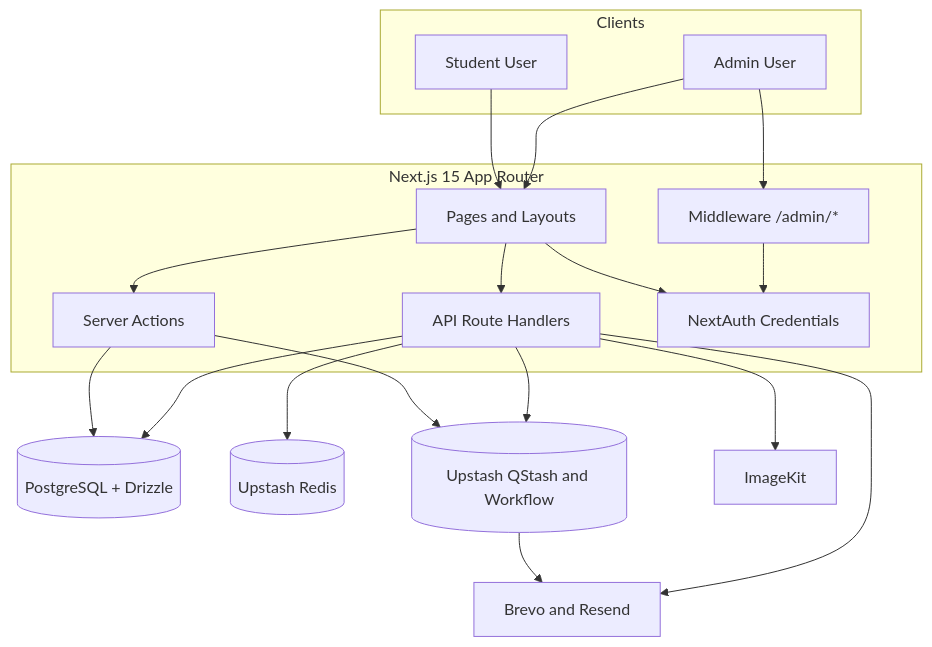
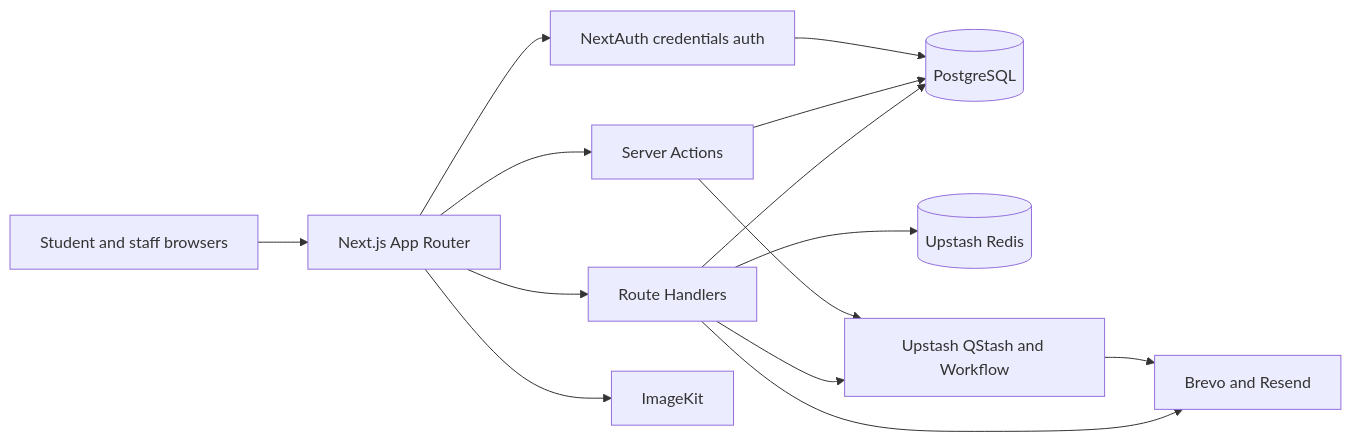
One commit to AnouarMohamed/Mundia_library changed the diagram in README.md. Above: the diagram before and after it, drawn with Mermaid. The commit also changed other lines of this file and 18 other files, not shown here.

````diff
--- a/README.md
+++ b/README.md
@@ -109,39 +25,27 @@
 ```mermaid
-flowchart TB
-  subgraph Clients
-    STUDENT[Student User]
-    ADMIN[Admin User]
-  end
+flowchart LR
+  Browser[Student and staff browsers]
+  Next[Next.js App Router]
+  Auth[NextAuth credentials auth]
+  Actions[Server Actions]
+  API[Route Handlers]
+  DB[(PostgreSQL)]
+  Redis[(Upstash Redis)]
+  QStash[Upstash QStash and Workflow]
+  ImageKit[ImageKit]
+  Email[Brevo and Resend]
 
-  subgraph Web[Next.js 15 App Router]
-    UI[Pages and Layouts]
-    SA[Server Actions]
-    API[API Route Handlers]
-    AUTH[NextAuth Credentials]
-    MW[Middleware /admin/*]
-  end
-
-  DB[(PostgreSQL + Drizzle)]
-  REDIS[(Upstash Redis)]
-  QSTASH[(Upstash QStash and Workflow)]
-  IMG[ImageKit]
-  MAIL[Brevo and Resend]
-
-  STUDENT --> UI
-  ADMIN --> UI
-
-  UI --> AUTH
-  UI --> SA
-  UI --> API
-  ADMIN --> MW
-  MW --> AUTH
-
-  SA --> DB
+  Browser --> Next
+  Next --> Auth
+  Next --> Actions
+  Next --> API
+  Auth --> DB
+  Actions --> DB
   API --> DB
-  API --> REDIS
-  API --> IMG
-  SA --> QSTASH
-  API --> QSTASH
-  QSTASH --> MAIL
-  API --> MAIL
+  API --> Redis
+  Actions --> QStash
+  API --> QStash
+  Next --> ImageKit
+  QStash --> Email
+  API --> Email
 ```
````
